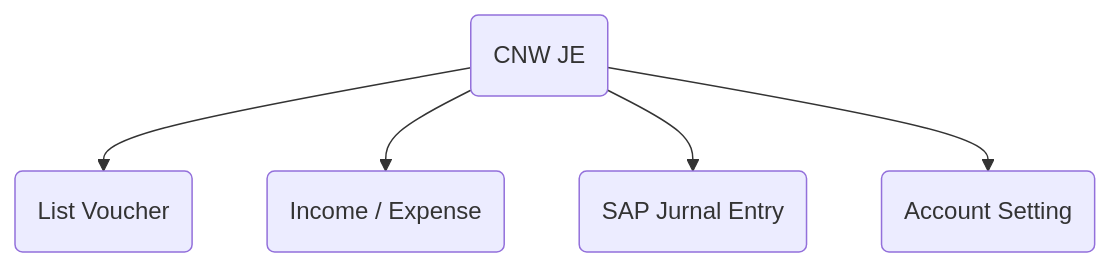
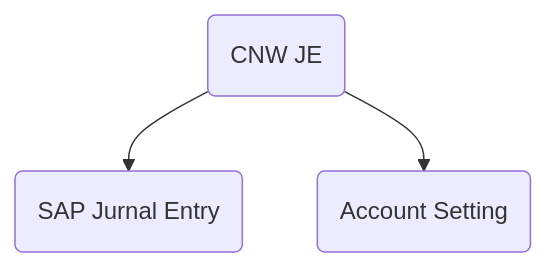
The first of 6 diagrams in docs/index_je.md (andyut/cnw_project), drawn with Mermaid before and after one commit. The commit also changed other lines of this file, not shown here.

````diff
--- a/docs/index_je.md
+++ b/docs/index_je.md
@@ -16,7 +16,6 @@
 ```mermaid
-graph TD
-A(CNW JE) --> B(List Voucher)
-A(CNW JE) --> C(Income / Expense)
+graph TD 
+
 A(CNW JE) --> D(SAP Jurnal Entry)
 A(CNW JE) --> E(Account Setting)
 ```
````
